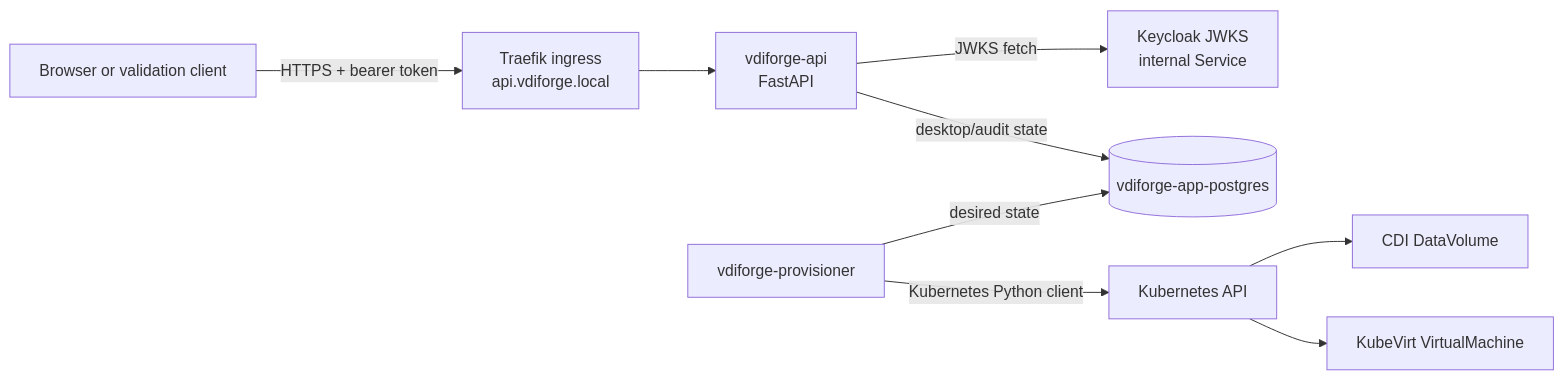
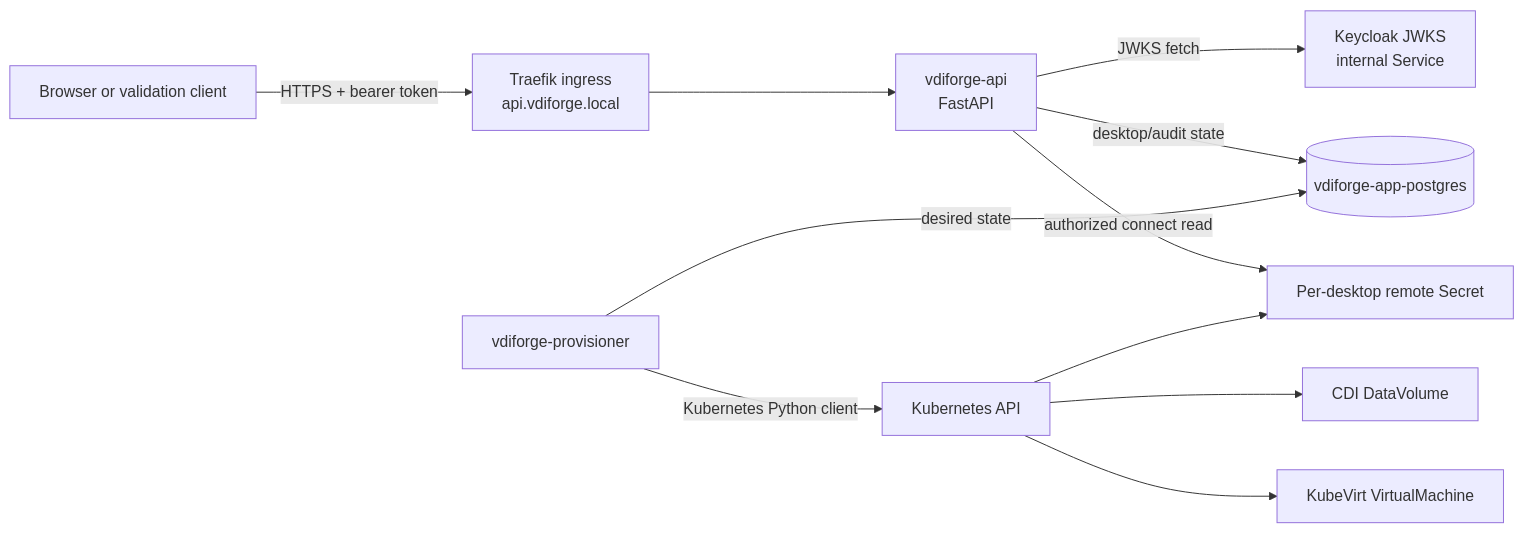
One commit to happelj/VDIForge changed the seventh of 13 diagrams in docs/ARCHITECTURE.md. Above: the diagram before and after it, drawn with Mermaid. The commit also changed other lines of this file and 62 other files, not shown here.

Commit message:
feat: implement Guacamole remote desktop delivery

````diff
--- a/docs/ARCHITECTURE.md
+++ b/docs/ARCHITECTURE.md
@@ -217,21 +219,24 @@
 ```mermaid
 flowchart LR
   Browser[Browser or validation client]
   Ingress[Traefik ingress<br/>api.vdiforge.local]
   API[vdiforge-api<br/>FastAPI]
   Keycloak[Keycloak JWKS<br/>internal Service]
   DB[(vdiforge-app-postgres)]
   Provisioner[vdiforge-provisioner]
   K8s[Kubernetes API]
   CDI[CDI DataVolume]
   VM[KubeVirt VirtualMachine]
+  Secret[Per-desktop remote Secret]
 
   Browser -->|HTTPS + bearer token| Ingress
   Ingress --> API
   API -->|JWKS fetch| Keycloak
   API -->|desktop/audit state| DB
+  API -->|authorized connect read| Secret
   Provisioner -->|desired state| DB
   Provisioner -->|Kubernetes Python client| K8s
   K8s --> CDI
   K8s --> VM
+  K8s --> Secret
 ```
````
